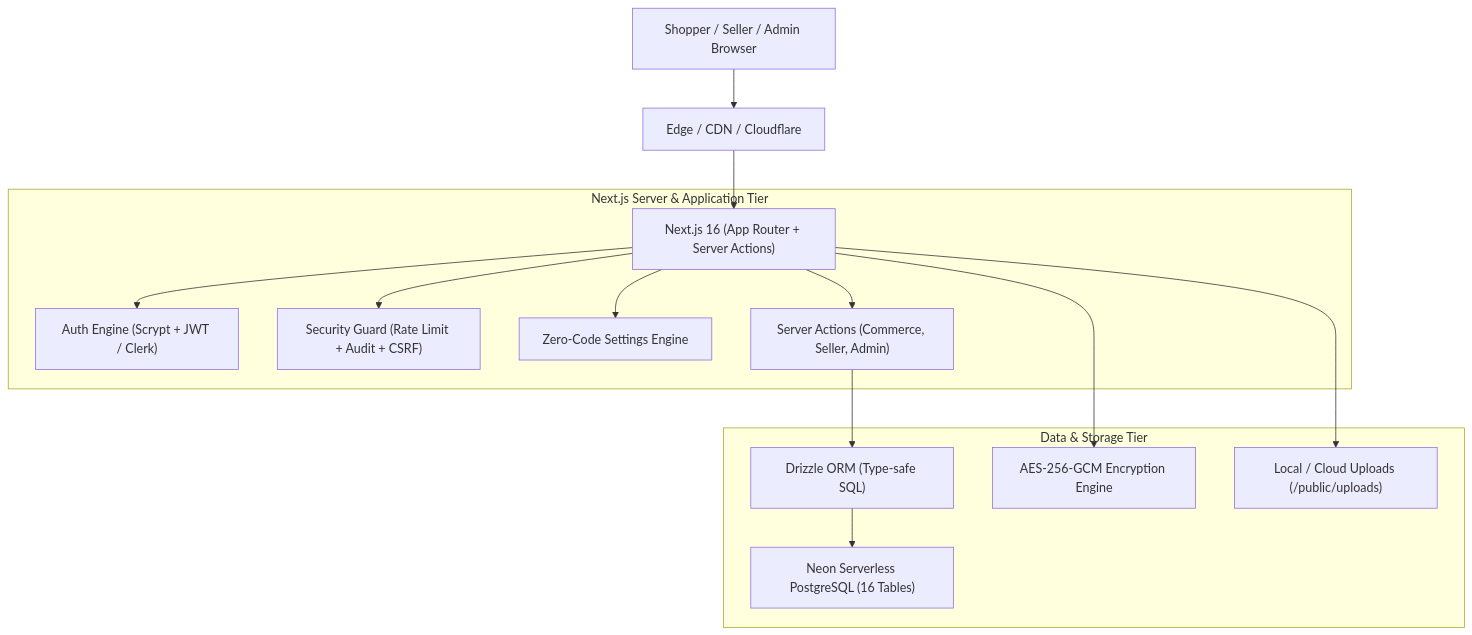
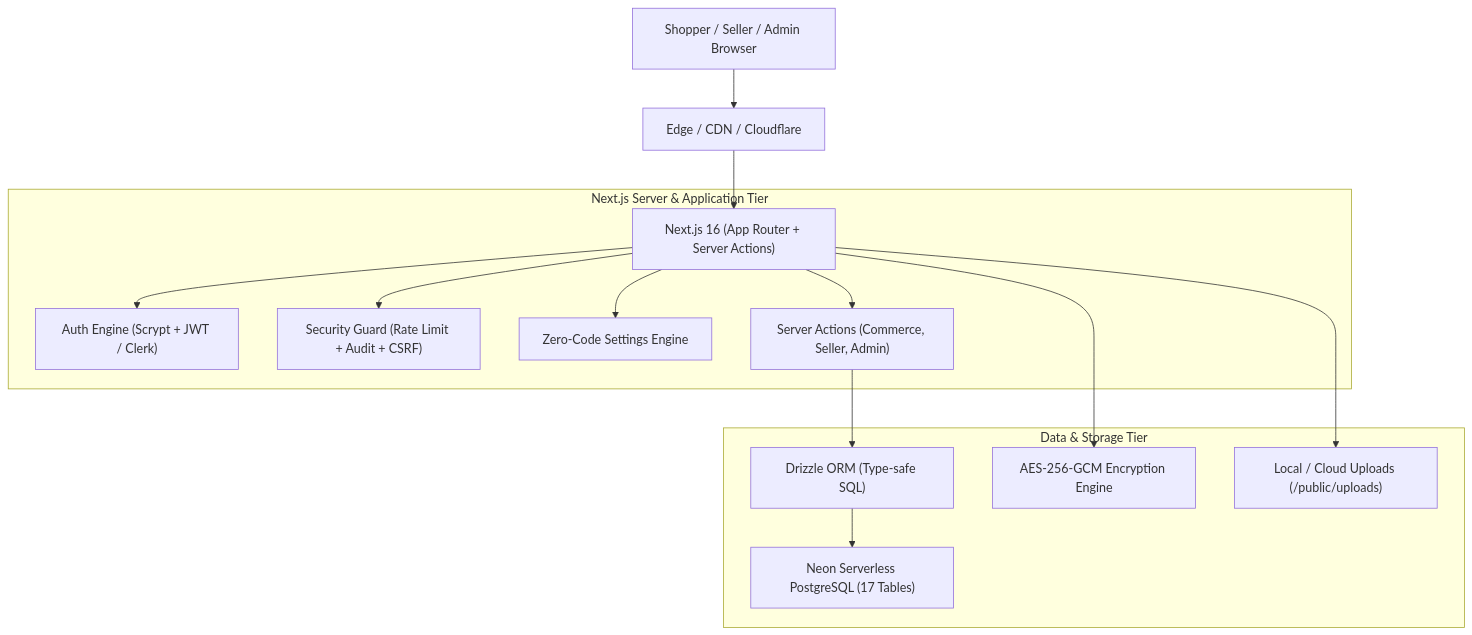
Before and after one commit to PrivMITLab/aalm-vastralay: the diagram in .ai/ARCHITECTURE.md, drawn with Mermaid. The commit also changed other lines of this file and 13 other files, not shown here.

````diff
--- a/.ai/ARCHITECTURE.md
+++ b/.ai/ARCHITECTURE.md
@@ -6,19 +6,19 @@
 ```mermaid
 flowchart TD
     Client["Shopper / Seller / Admin Browser"] --> Cloudflare["Edge / CDN / Cloudflare"]
     Cloudflare --> NextApp["Next.js 16 (App Router + Server Actions)"]
     
     subgraph Server_Tier["Next.js Server & Application Tier"]
         NextApp --> AuthEngine["Auth Engine (Scrypt + JWT / Clerk)"]
         NextApp --> SecurityGuard["Security Guard (Rate Limit + Audit + CSRF)"]
         NextApp --> SettingsEngine["Zero-Code Settings Engine"]
         NextApp --> ActionsEngine["Server Actions (Commerce, Seller, Admin)"]
     end
     
     subgraph Data_Tier["Data & Storage Tier"]
         ActionsEngine --> DrizzleORM["Drizzle ORM (Type-safe SQL)"]
-        DrizzleORM --> NeonPostgres["Neon Serverless PostgreSQL (16 Tables)"]
+        DrizzleORM --> NeonPostgres["Neon Serverless PostgreSQL (17 Tables)"]
         NextApp --> EncryptionEngine["AES-256-GCM Encryption Engine"]
         NextApp --> LocalStorage["Local / Cloud Uploads (/public/uploads)"]
     end
 ```
````
